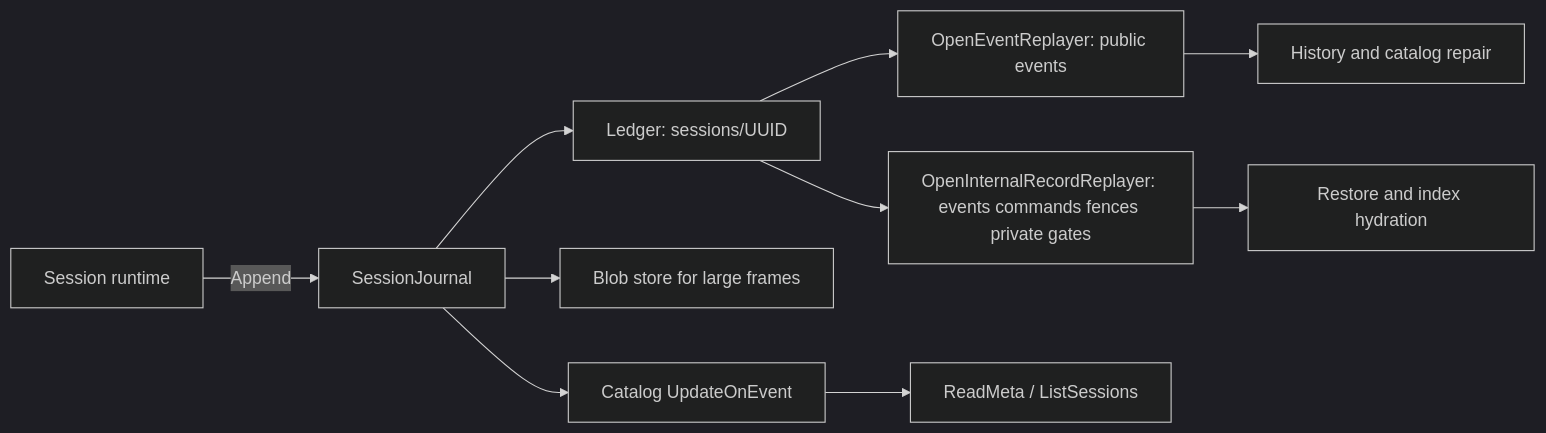
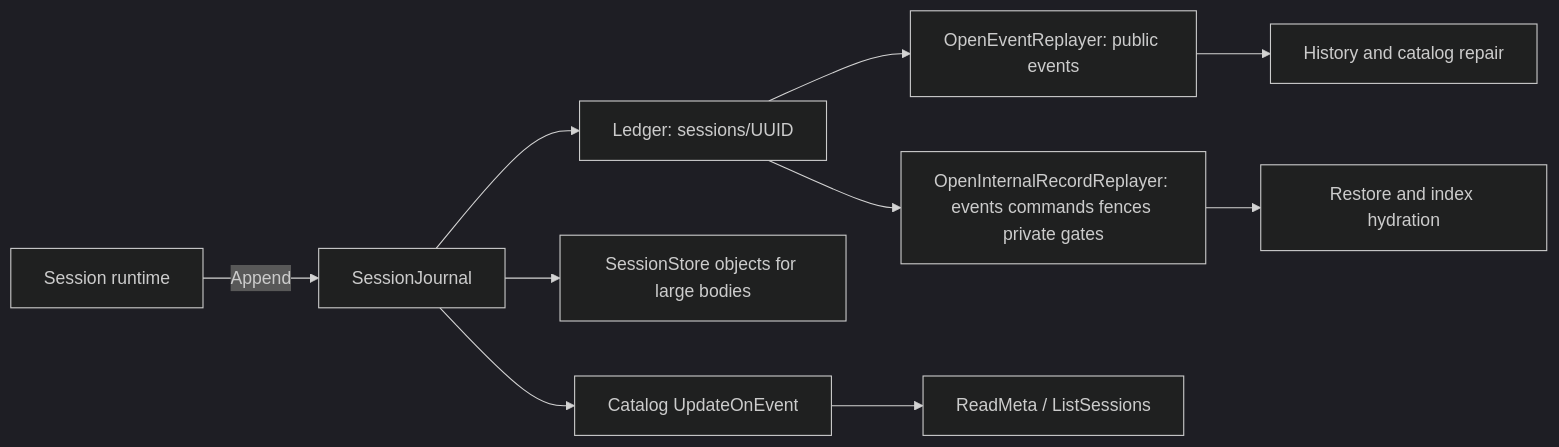
One commit to looprig/.github changed the first of 2 diagrams in docs/guides/harness/session-persistence/index.md. Above: the diagram before and after it, drawn with Mermaid. The commit also changed other lines of this file and 412 other files, not shown here.

````diff
--- a/docs/guides/harness/session-persistence/index.md
+++ b/docs/guides/harness/session-persistence/index.md
@@ -48,13 +59,13 @@
 ```mermaid
 %%{init: {"theme":"dark"}}%%
 flowchart LR
     W[Session runtime] -->|Append| J[SessionJournal]
     J --> L[Ledger: sessions/UUID]
-    J --> B[Blob store for large frames]
+    J --> B[SessionStore objects for large bodies]
     J --> C[Catalog UpdateOnEvent]
     L --> P[OpenEventReplayer: public events]
     L --> I[OpenInternalRecordReplayer: events commands fences private gates]
     P --> H[History and catalog repair]
     I --> R[Restore and index hydration]
     C --> K[ReadMeta / ListSessions]
 ```
````
